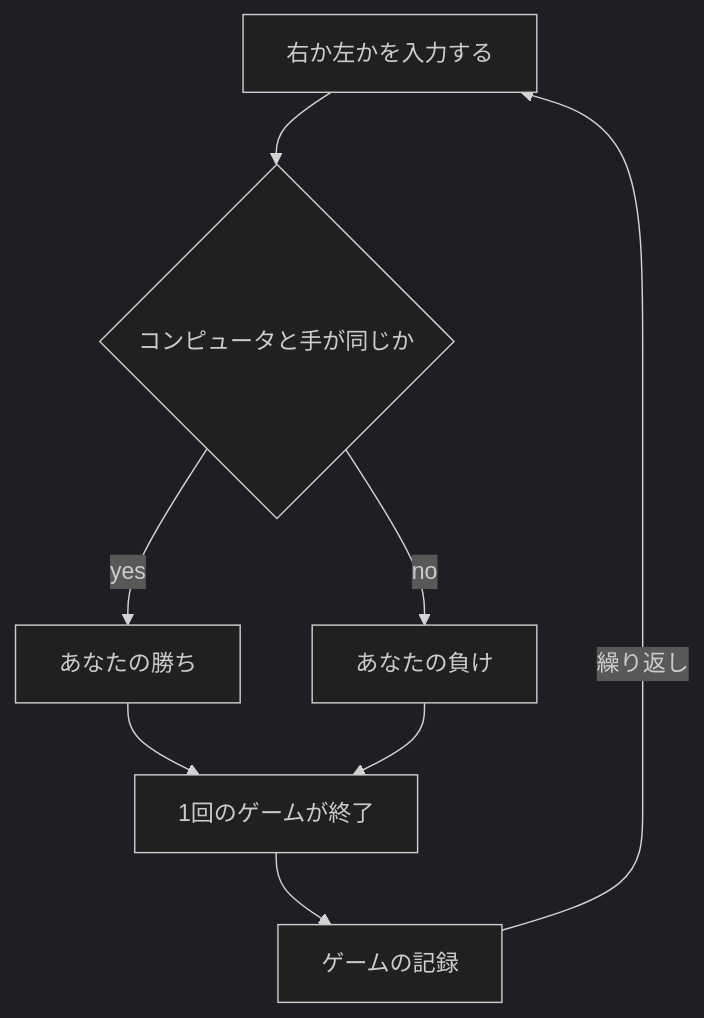
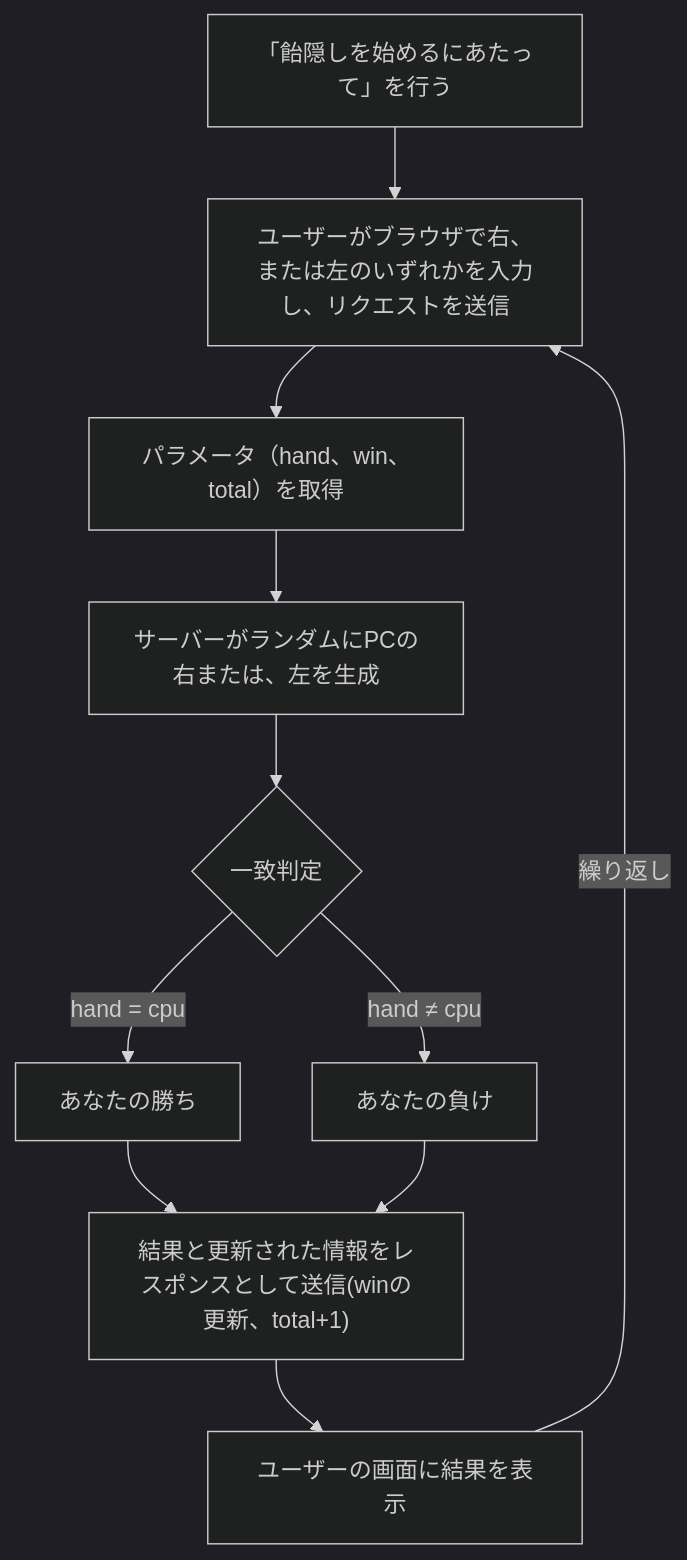
The first of 3 diagrams in README.md (Urban-Sea/webpro_06), drawn with Mermaid (dark theme) before and after one commit. The commit also changed other lines of this file and 19 other files, not shown here.

````diff
--- a/README.md
+++ b/README.md
@@ -86,19 +40,24 @@
 ```mermaid
 flowchart TD;
 
-start["右か左かを入力する"];
-end1["1回のゲームが終了"]
-if{"コンピュータと手が同じか"}
+preparatiion1["「飴隠しを始めるにあたって」を行う"];
+preparatiion2["ユーザーがブラウザで右、または左のいずれかを入力し、リクエストを送信"];
+start1["パラメータ（hand、win、total）を取得"];
+start2["サーバーがランダムにPCの右または、左を生成"];
+end1["結果と更新された情報をレスポンスとして送信(winの更新、total+1)"]
+if{"一致判定"}
 win["あなたの勝ち"]
 loose["あなたの負け"]
-total["ゲームの記録"]
+total["ユーザーの画面に結果を表示"]
 
-
-start --> if
-if -->|yes| win
+preparatiion1 --> preparatiion2
+preparatiion2 --> start1
+start1 --> start2
+start2 --> if
+if -->|hand = cpu| win
 win --> end1
-if -->|no| loose
+if -->|hand ≠ cpu| loose
 loose --> end1
 end1 --> total
-total --> |繰り返し| start
+total --> |繰り返し| preparatiion2
 ```
````
